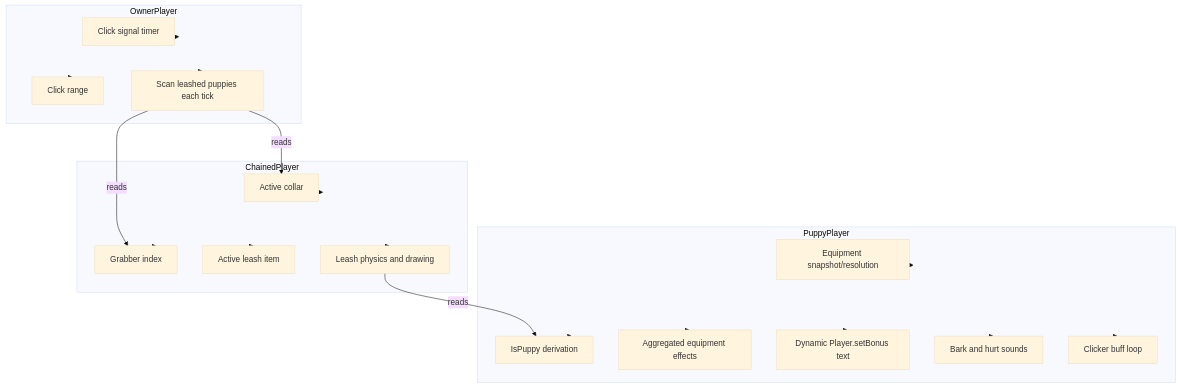
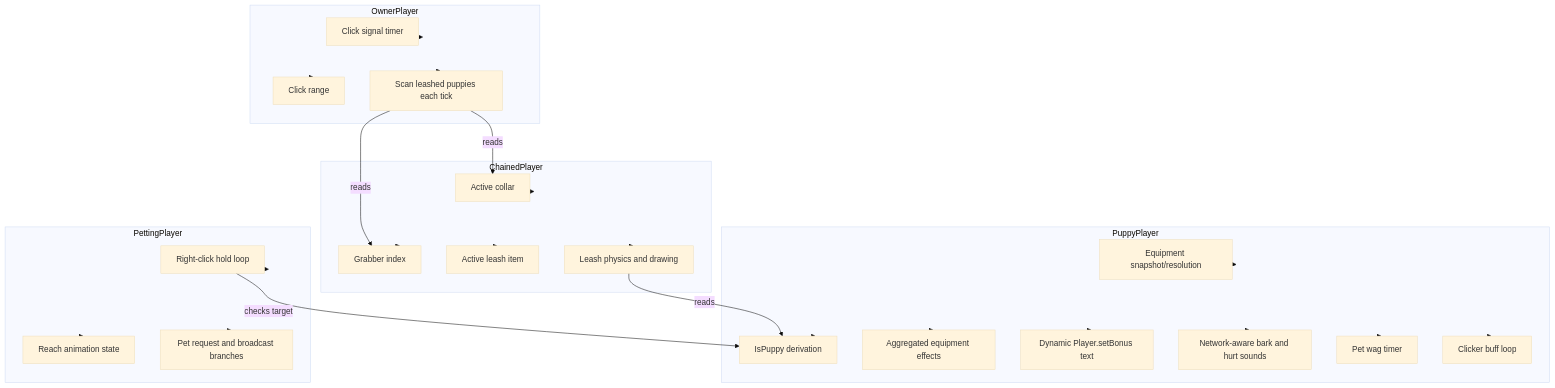
One commit to POLA-LCS/PolasPuppyMod changed the diagram in docs/Player-State-Hierarchy.md. Above: the diagram before and after it, drawn with Mermaid (base theme). The commit also changed other lines of this file and 11 other files, not shown here.

````diff
--- a/docs/Player-State-Hierarchy.md
+++ b/docs/Player-State-Hierarchy.md
@@ -7,41 +7,53 @@
 ```mermaid
 flowchart TB
     subgraph PuppySide[PuppyPlayer]
         Equipment[Equipment snapshot/resolution]
         IsPuppy[IsPuppy derivation]
         EquipmentEffects[Aggregated equipment effects]
         SetText[Dynamic Player.setBonus text]
-        BarkSys[Bark and hurt sounds]
+        BarkSys[Network-aware bark and hurt sounds]
+        PetWag[Pet wag timer]
         ClickerLoop[Clicker buff loop]
     end
 
     subgraph ChainedSide[ChainedPlayer]
         Collar[Active collar]
         Grabber[Grabber index]
         LeashItem[Active leash item]
         Physics[Leash physics and drawing]
     end
 
     subgraph OwnerSide[OwnerPlayer]
         ClickSignal[Click signal timer]
         ClickRange[Click range]
         OwnerScan[Scan leashed puppies each tick]
     end
 
+    subgraph PettingSide[PettingPlayer]
+        HoldLoop[Right-click hold loop]
+        Reach[Reach animation state]
+        PetNet[Pet request and broadcast branches]
+    end
+
     PuppySide --> IsPuppy
     PuppySide --> Equipment
     PuppySide --> EquipmentEffects
     PuppySide --> SetText
     PuppySide --> BarkSys
+    PuppySide --> PetWag
     PuppySide --> ClickerLoop
     ChainedSide --> Collar
     ChainedSide --> Grabber
     ChainedSide --> LeashItem
     ChainedSide --> Physics
     OwnerSide --> ClickSignal
     OwnerSide --> ClickRange
     OwnerSide --> OwnerScan
+    PettingSide --> HoldLoop
+    PettingSide --> Reach
+    PettingSide --> PetNet
     OwnerScan -- reads --> Grabber
     OwnerScan -- reads --> Collar
     Physics -- reads --> IsPuppy
+    HoldLoop -- "checks target" --> IsPuppy
 ```
````
